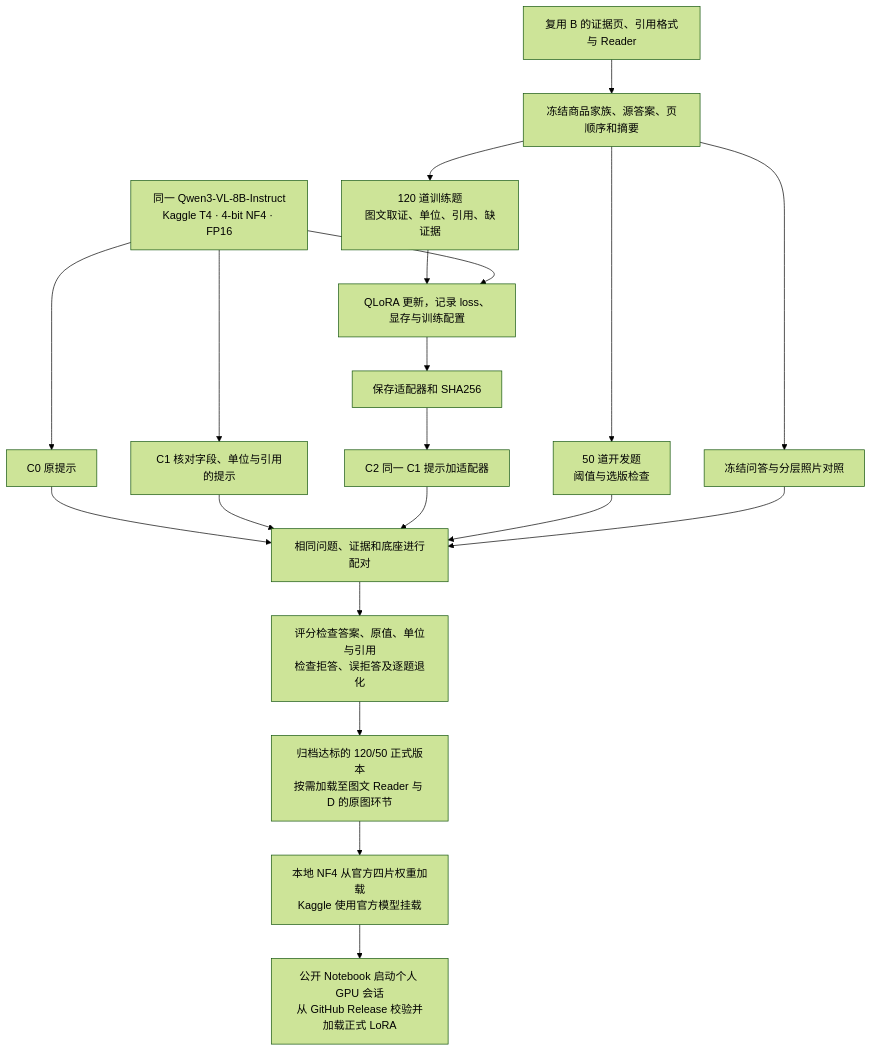
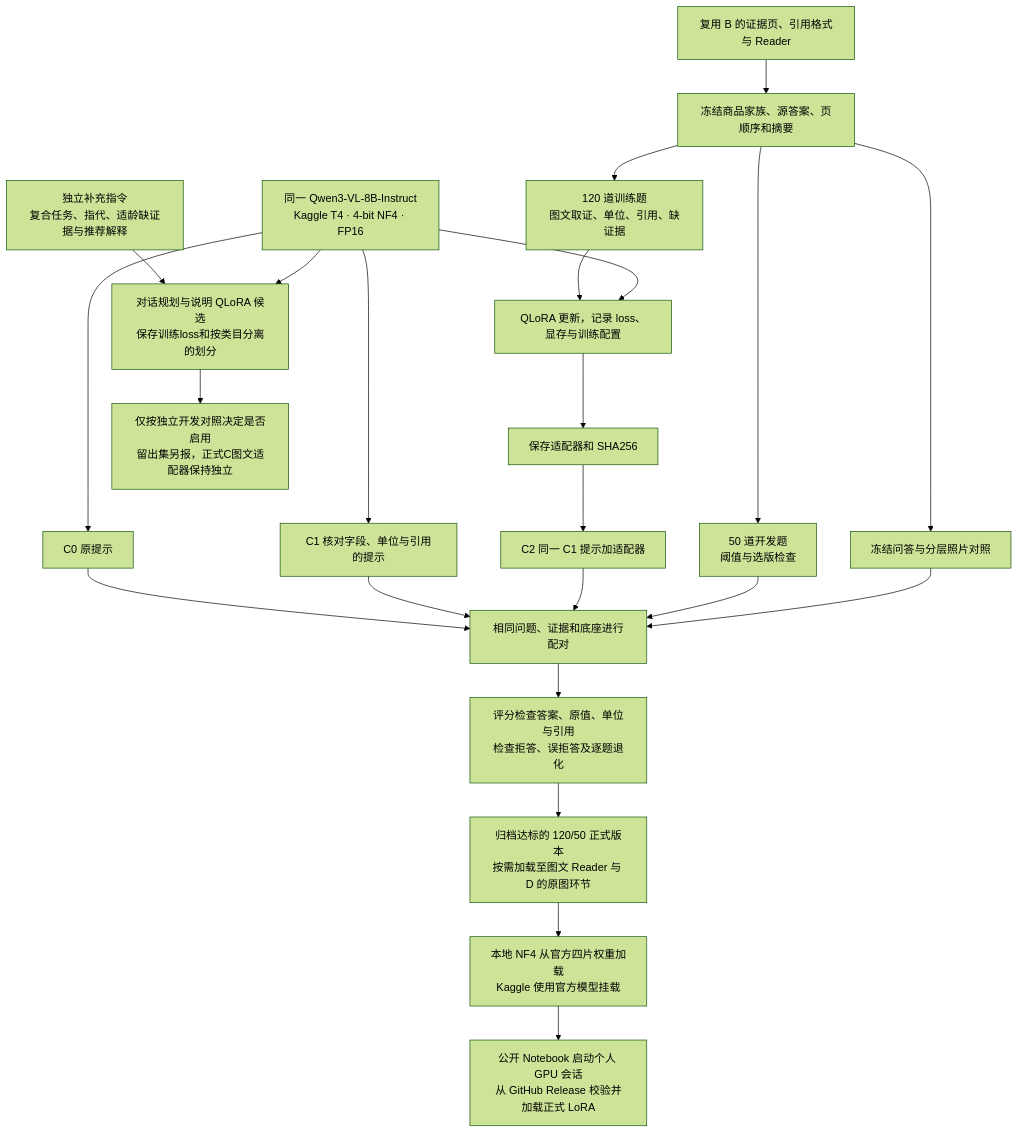
Before and after one commit to AaronYue77/ABO-Adaptive-RAG: the third of 4 diagrams in docs/A-D阶段流程.md, drawn with Mermaid (forest theme). The commit also changed other lines of this file and 29 other files, not shown here.

````diff
--- a/docs/A-D阶段流程.md
+++ b/docs/A-D阶段流程.md
@@ -79,22 +84,25 @@
 ```mermaid
 flowchart TD
     evidence["复用 B 的证据页、引用格式与 Reader"] --> frozen["冻结商品家族、源答案、页顺序和摘要"]
     frozen --> train["120 道训练题<br/>图文取证、单位、引用、缺证据"]
     frozen --> dev["50 道开发题<br/>阈值与选版检查"]
     frozen --> suite["冻结问答与分层照片对照"]
     model["同一 Qwen3-VL-8B-Instruct<br/>Kaggle T4 · 4-bit NF4 · FP16"] --> base["C0 原提示"]
     model --> prompted["C1 核对字段、单位与引用的提示"]
     train --> finetune["QLoRA 更新，记录 loss、显存与训练配置"]
     model --> finetune
     finetune --> adapter["保存适配器和 SHA256"]
     adapter --> adapted["C2 同一 C1 提示加适配器"]
     base --> paired["相同问题、证据和底座进行配对"]
     prompted --> paired
     adapted --> paired
     dev --> paired
     suite --> paired
     paired --> score["评分检查答案、原值、单位与引用<br/>检查拒答、误拒答及逐题退化"]
     score --> publish["归档达标的 120/50 正式版本<br/>按需加载至图文 Reader 与 D 的原图环节"]
     publish --> runtime["本地 NF4 从官方四片权重加载<br/>Kaggle 使用官方模型挂载"]
     runtime --> public["公开 Notebook 启动个人 GPU 会话<br/>从 GitHub Release 校验并加载正式 LoRA"]
+    instructions["独立补充指令<br/>复合任务、指代、适龄缺证据与推荐解释"] --> dialog["对话规划与说明 QLoRA 候选<br/>保存训练loss和按类目分离的划分"]
+    model --> dialog
+    dialog --> gate["仅按独立开发对照决定是否启用<br/>留出集另报，正式C图文适配器保持独立"]
 ```
````
